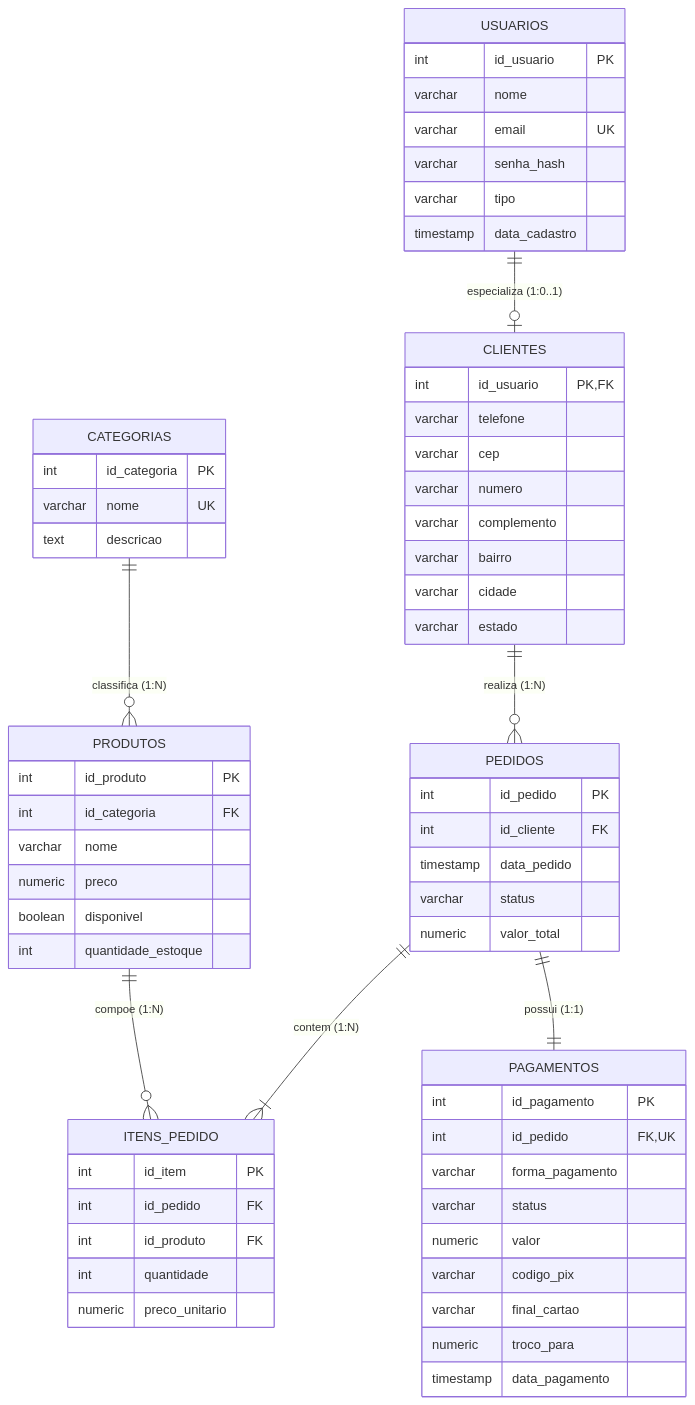
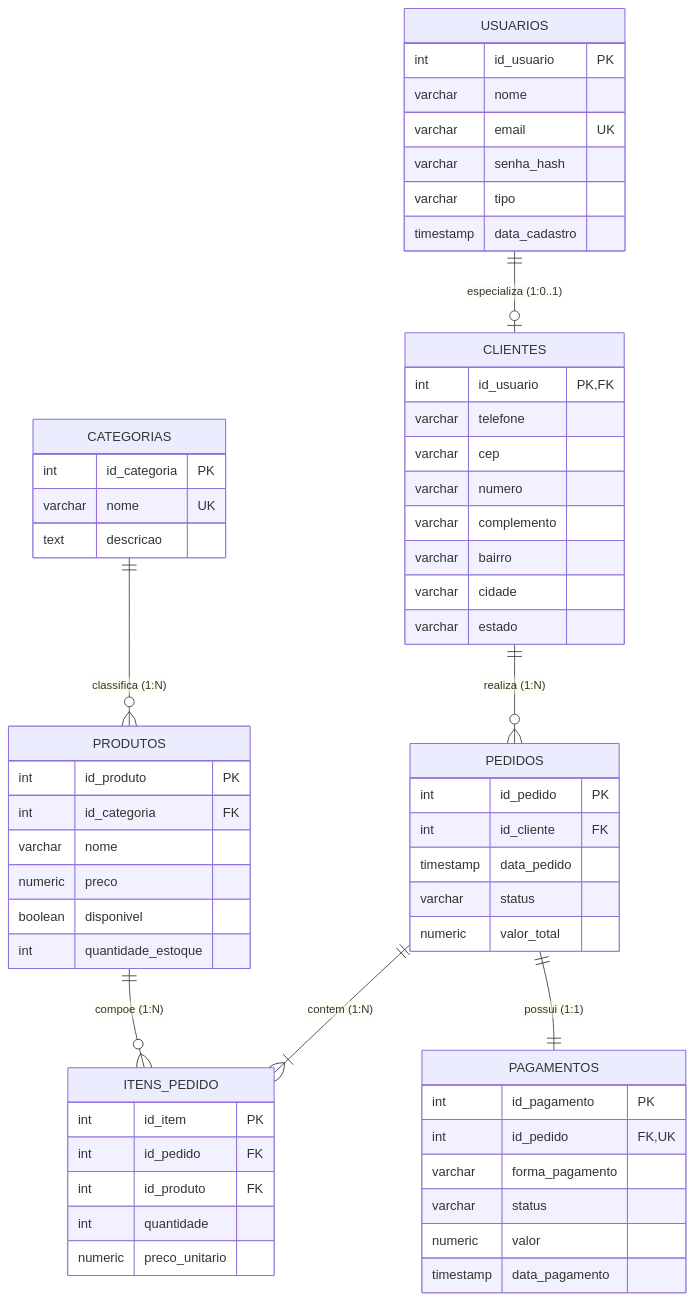
One commit to PedrosoMyskiw/ProjetoFinalDW1-Cafeteria changed the diagram in README.md. Above: the diagram before and after it, drawn with Mermaid.

````diff
--- a/README.md
+++ b/README.md
@@ -109,73 +109,70 @@
 ```mermaid
 erDiagram
     USUARIOS {
         int id_usuario PK
         varchar nome
         varchar email UK
         varchar senha_hash
         varchar tipo
         timestamp data_cadastro
     }
 
     CLIENTES {
         int id_usuario PK, FK
         varchar telefone
         varchar cep
         varchar numero
         varchar complemento
         varchar bairro
         varchar cidade
         varchar estado
     }
 
     CATEGORIAS {
         int id_categoria PK
         varchar nome UK
         text descricao
     }
 
     PRODUTOS {
         int id_produto PK
         int id_categoria FK
         varchar nome
         numeric preco
         boolean disponivel
         int quantidade_estoque
     }
 
     PEDIDOS {
         int id_pedido PK
         int id_cliente FK
         timestamp data_pedido
         varchar status
         numeric valor_total
     }
 
     ITENS_PEDIDO {
         int id_item PK
         int id_pedido FK
         int id_produto FK
         int quantidade
         numeric preco_unitario
     }
 
     PAGAMENTOS {
         int id_pagamento PK
         int id_pedido FK, UK
         varchar forma_pagamento
         varchar status
         numeric valor
-        varchar codigo_pix
-        varchar final_cartao
-        numeric troco_para
         timestamp data_pagamento
     }
 
 
     USUARIOS ||--o| CLIENTES : "especializa (1:0..1)"
     CLIENTES ||--o{ PEDIDOS : "realiza (1:N)"
     CATEGORIAS ||--o{ PRODUTOS : "classifica (1:N)"
     PEDIDOS ||--|{ ITENS_PEDIDO : "contem (1:N)"
     PRODUTOS ||--o{ ITENS_PEDIDO : "compoe (1:N)"
     PEDIDOS ||--|| PAGAMENTOS : "possui (1:1)"
 ```
````
